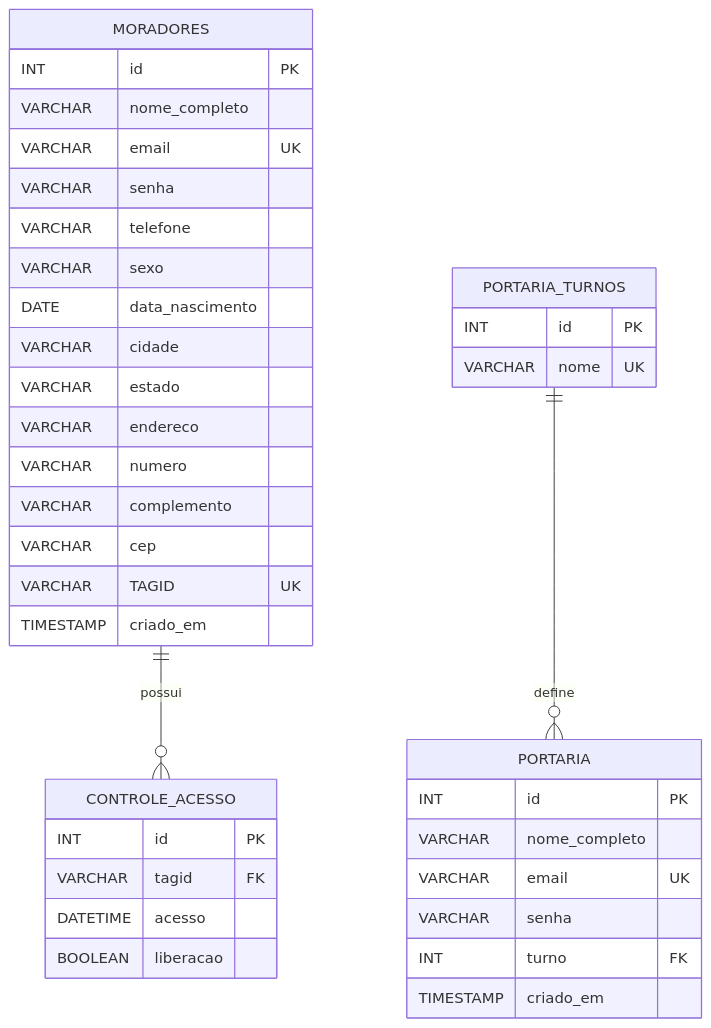
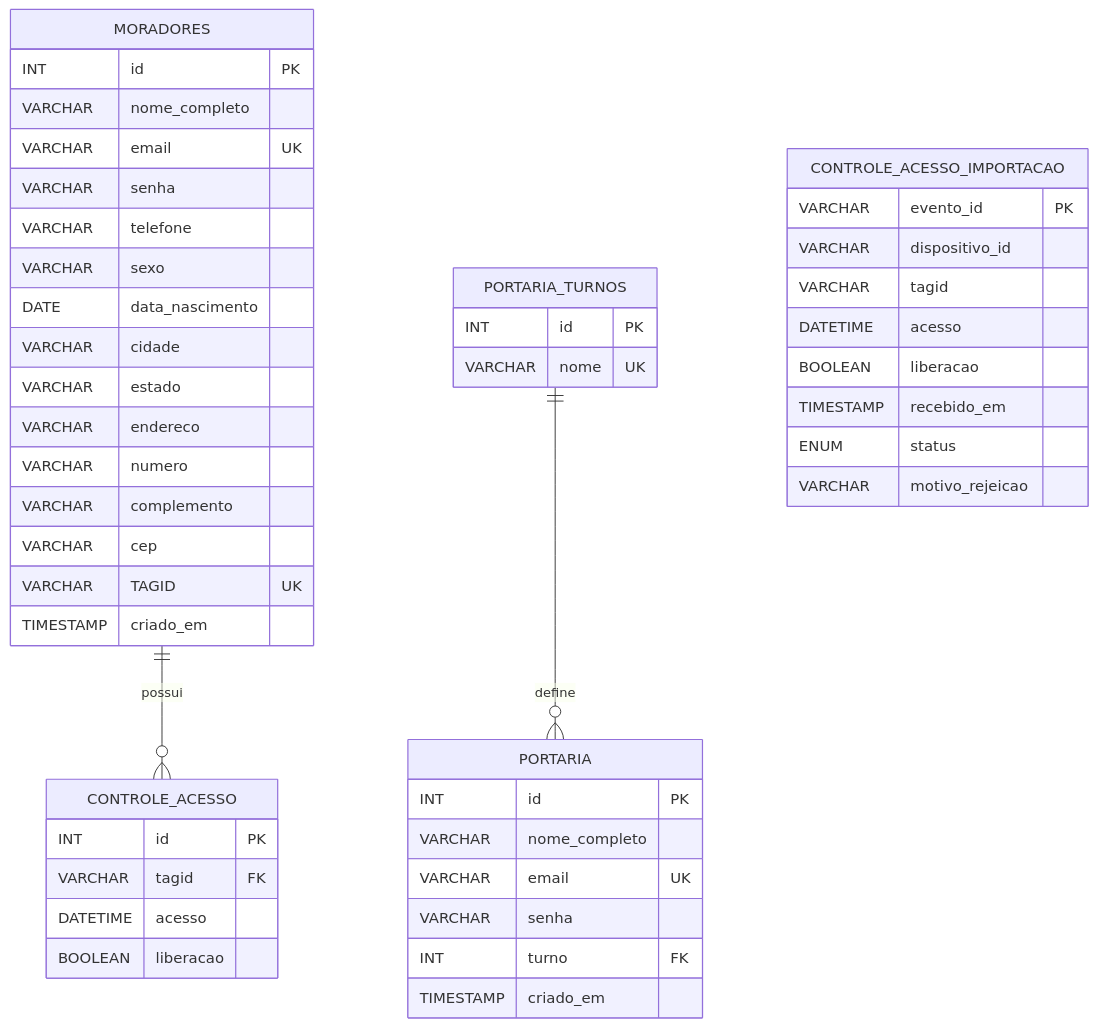
One commit to flavio-univesp/projeto_integrador6 changed the diagram in README.md. Above: the diagram before and after it, drawn with Mermaid. The commit also changed other lines of this file, not shown here.

````diff
--- a/README.md
+++ b/README.md
@@ -99,44 +155,55 @@
 ```mermaid
 erDiagram
     MORADORES ||--o{ CONTROLE_ACESSO : possui
     PORTARIA_TURNOS ||--o{ PORTARIA : define
 
     MORADORES {
         INT id PK
         VARCHAR nome_completo
         VARCHAR email UK
         VARCHAR senha
         VARCHAR telefone
         VARCHAR sexo
         DATE data_nascimento
         VARCHAR cidade
         VARCHAR estado
         VARCHAR endereco
         VARCHAR numero
         VARCHAR complemento
         VARCHAR cep
         VARCHAR TAGID UK
         TIMESTAMP criado_em
     }
 
     CONTROLE_ACESSO {
         INT id PK
         VARCHAR tagid FK
         DATETIME acesso
         BOOLEAN liberacao
     }
 
+    CONTROLE_ACESSO_IMPORTACAO {
+        VARCHAR evento_id PK
+        VARCHAR dispositivo_id
+        VARCHAR tagid
+        DATETIME acesso
+        BOOLEAN liberacao
+        TIMESTAMP recebido_em
+        ENUM status
+        VARCHAR motivo_rejeicao
+    }
+
     PORTARIA_TURNOS {
         INT id PK
         VARCHAR nome UK
     }
 
     PORTARIA {
         INT id PK
         VARCHAR nome_completo
         VARCHAR email UK
         VARCHAR senha
         INT turno FK
         TIMESTAMP criado_em
     }
 ```
````
